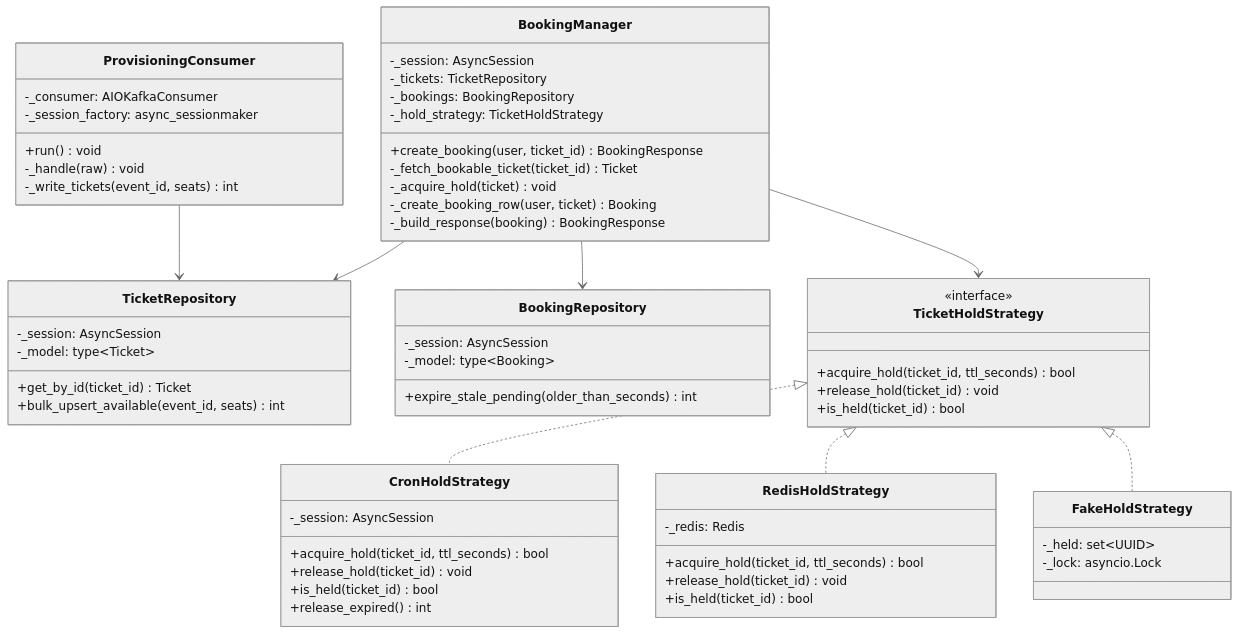
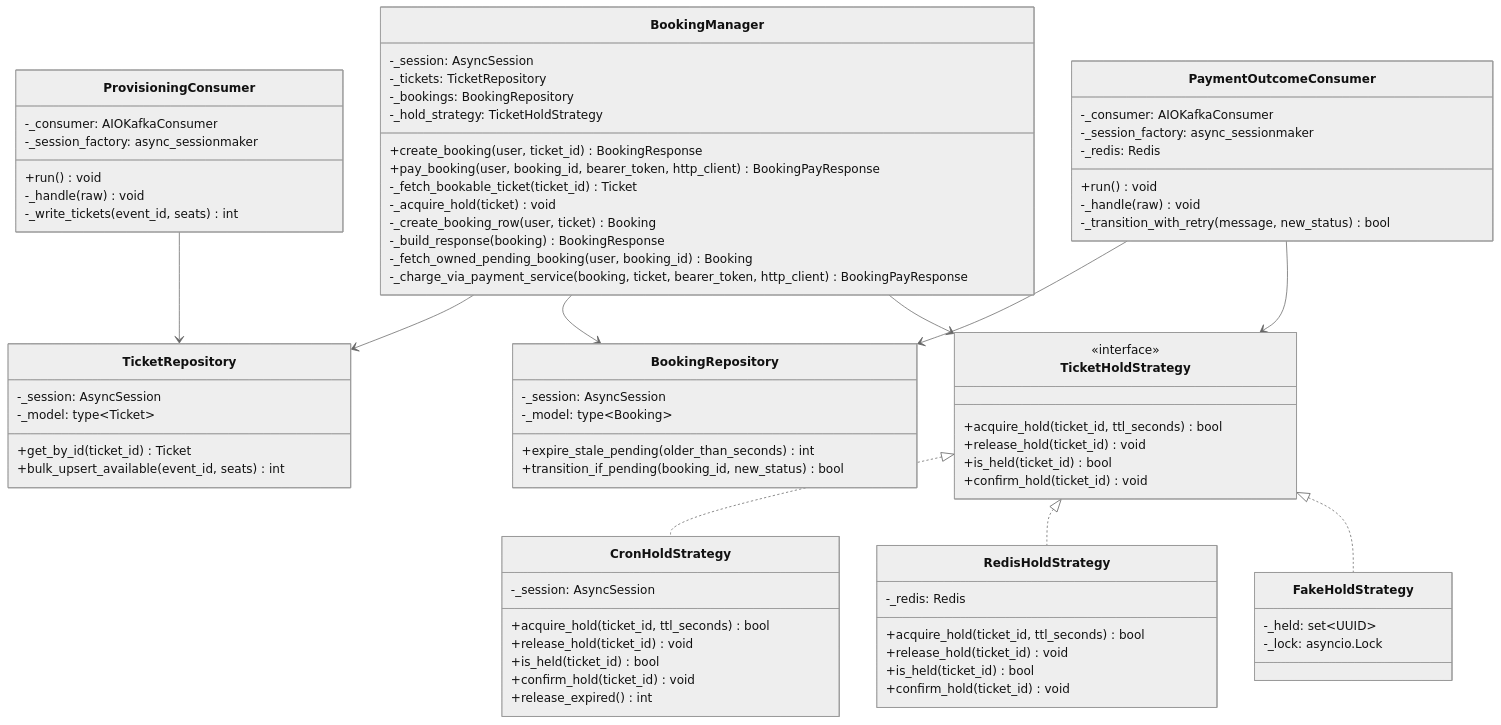
One commit to STRYKER316/event-ticketing-platform changed the third of 4 diagrams in docs/report/class-diagrams.md. Above: the diagram before and after it, drawn with Mermaid (neutral theme). The commit also changed other lines of this file and 4 other files, not shown here.

Commit message:
docs: draft Phase 4 report evidence across class diagrams, schema, testing, requirements

````diff
--- a/docs/report/class-diagrams.md
+++ b/docs/report/class-diagrams.md
@@ -199,10 +198,13 @@
         -_bookings: BookingRepository
         -_hold_strategy: TicketHoldStrategy
         +create_booking(user, ticket_id) BookingResponse
+        +pay_booking(user, booking_id, bearer_token, http_client) BookingPayResponse
         -_fetch_bookable_ticket(ticket_id) Ticket
         -_acquire_hold(ticket) void
         -_create_booking_row(user, ticket) Booking
         -_build_response(booking) BookingResponse
+        -_fetch_owned_pending_booking(user, booking_id) Booking
+        -_charge_via_payment_service(booking, ticket, bearer_token, http_client) BookingPayResponse
     }
 
     class TicketRepository {
@@ -216,6 +218,7 @@
         -_session: AsyncSession
         -_model: type~Booking~
         +expire_stale_pending(older_than_seconds) int
+        +transition_if_pending(booking_id, new_status) bool
     }
 
     class ProvisioningConsumer {
@@ -226,11 +229,21 @@
         -_write_tickets(event_id, seats) int
     }
 
+    class PaymentOutcomeConsumer {
+        -_consumer: AIOKafkaConsumer
+        -_session_factory: async_sessionmaker
+        -_redis: Redis
+        +run() void
+        -_handle(raw) void
+        -_transition_with_retry(message, new_status) bool
+    }
+
     class TicketHoldStrategy {
         <<interface>>
         +acquire_hold(ticket_id, ttl_seconds) bool
         +release_hold(ticket_id) void
         +is_held(ticket_id) bool
+        +confirm_hold(ticket_id) void
     }
 
     class CronHoldStrategy {
@@ -238,6 +251,7 @@
         +acquire_hold(ticket_id, ttl_seconds) bool
         +release_hold(ticket_id) void
         +is_held(ticket_id) bool
+        +confirm_hold(ticket_id) void
         +release_expired() int
     }
 
@@ -246,6 +260,7 @@
         +acquire_hold(ticket_id, ttl_seconds) bool
         +release_hold(ticket_id) void
         +is_held(ticket_id) bool
+        +confirm_hold(ticket_id) void
     }
 
     class FakeHoldStrategy {
@@ -261,4 +276,6 @@
     BookingManager --> BookingRepository
     BookingManager --> TicketHoldStrategy
     ProvisioningConsumer --> TicketRepository
+    PaymentOutcomeConsumer --> BookingRepository
+    PaymentOutcomeConsumer --> TicketHoldStrategy
 ```
````
